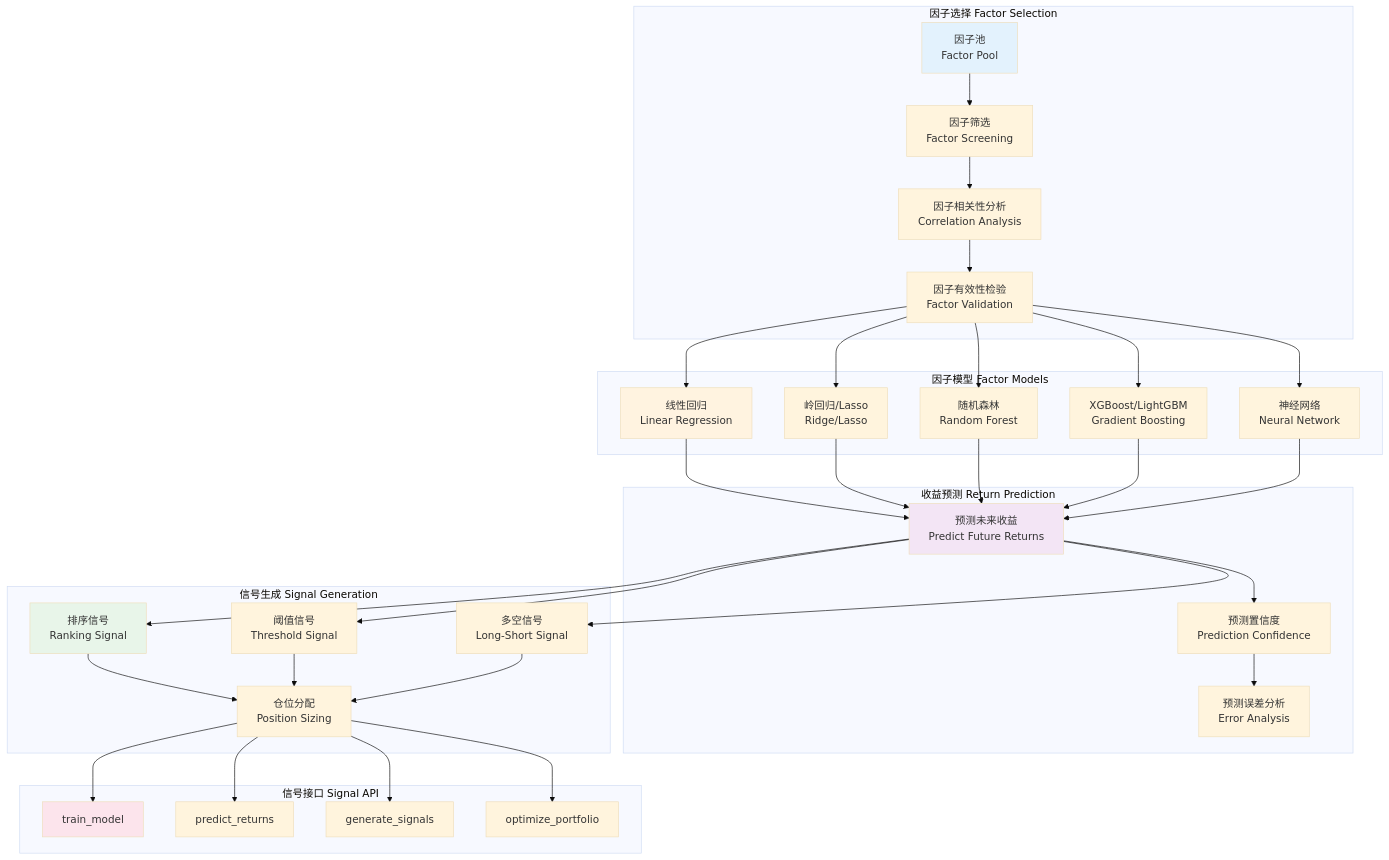
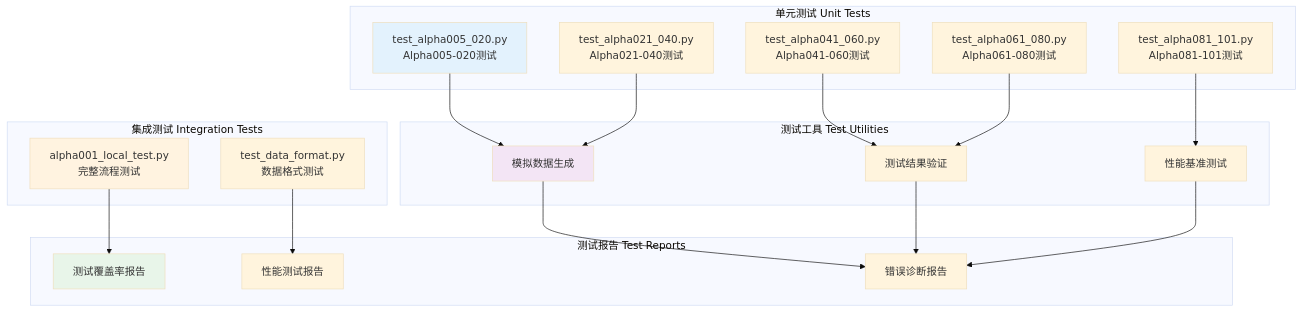
One commit to YutaoWang03/Quant---Alpha101 changed the third of 8 diagrams in docs/ARCHITECTURE.md. Above: the diagram before and after it, drawn with Mermaid (base theme). The commit also changed other lines of this file and 14 other files, not shown here.

````diff
--- a/docs/ARCHITECTURE.md
+++ b/docs/ARCHITECTURE.md
@@ -183,74 +149,45 @@
 ```mermaid
 graph TB
-    subgraph "因子选择 Factor Selection"
-        A1[因子池<br/>Factor Pool]
-        A2[因子筛选<br/>Factor Screening]
-        A3[因子相关性分析<br/>Correlation Analysis]
-        A4[因子有效性检验<br/>Factor Validation]
+    subgraph "单元测试 Unit Tests"
+        A1[test_alpha005_020.py<br/>Alpha005-020测试]
+        A2[test_alpha021_040.py<br/>Alpha021-040测试]
+        A3[test_alpha041_060.py<br/>Alpha041-060测试]
+        A4[test_alpha061_080.py<br/>Alpha061-080测试]
+        A5[test_alpha081_101.py<br/>Alpha081-101测试]
     end
     
-    subgraph "因子模型 Factor Models"
-        B1[线性回归<br/>Linear Regression]
-        B2[岭回归/Lasso<br/>Ridge/Lasso]
-        B3[随机森林<br/>Random Forest]
-        B4[XGBoost/LightGBM<br/>Gradient Boosting]
-        B5[神经网络<br/>Neural Network]
+    subgraph "集成测试 Integration Tests"
+        B1[alpha001_local_test.py<br/>完整流程测试]
+        B2[test_data_format.py<br/>数据格式测试]
     end
     
-    subgraph "收益预测 Return Prediction"
-        C1[预测未来收益<br/>Predict Future Returns]
-        C2[预测置信度<br/>Prediction Confidence]
-        C3[预测误差分析<br/>Error Analysis]
+    subgraph "测试工具 Test Utilities"
+        C1[模拟数据生成]
+        C2[测试结果验证]
+        C3[性能基准测试]
     end
     
-    subgraph "信号生成 Signal Generation"
-        D1[排序信号<br/>Ranking Signal]
-        D2[阈值信号<br/>Threshold Signal]
-        D3[多空信号<br/>Long-Short Signal]
-        D4[仓位分配<br/>Position Sizing]
+    subgraph "测试报告 Test Reports"
+        D1[测试覆盖率报告]
+        D2[性能测试报告]
+        D3[错误诊断报告]
     end
     
-    subgraph "信号接口 Signal API"
-        E1[train_model]
-        E2[predict_returns]
-        E3[generate_signals]
-        E4[optimize_portfolio]
-    end
+    A1 --> C1
+    A2 --> C1
+    A3 --> C2
+    A4 --> C2
+    A5 --> C3
     
-    A1 --> A2
-    A2 --> A3
-    A3 --> A4
+    B1 --> D1
+    B2 --> D2
     
-    A4 --> B1
-    A4 --> B2
-    A4 --> B3
-    A4 --> B4
-    A4 --> B5
-    
-    B1 --> C1
-    B2 --> C1
-    B3 --> C1
-    B4 --> C1
-    B5 --> C1
-    
-    C1 --> C2
-    C2 --> C3
-    
-    C1 --> D1
-    C1 --> D2
     C1 --> D3
-    D1 --> D4
-    D2 --> D4
-    D3 --> D4
-    
-    D4 --> E1
-    D4 --> E2
-    D4 --> E3
-    D4 --> E4
+    C2 --> D3
+    C3 --> D3
     
     style A1 fill:#e3f2fd
     style B1 fill:#fff3e0
     style C1 fill:#f3e5f5
     style D1 fill:#e8f5e9
-    style E1 fill:#fce4ec
 ```
````
